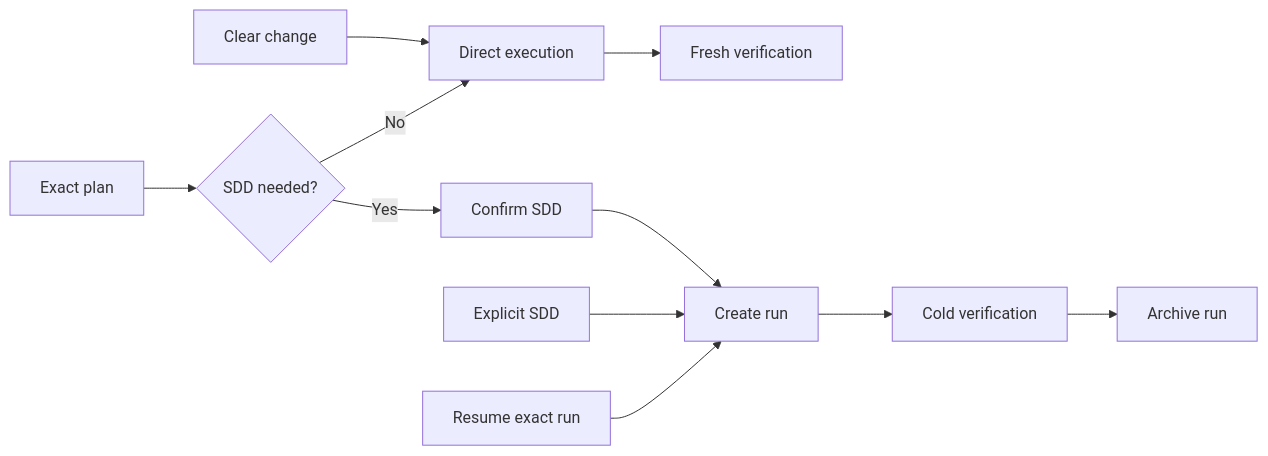
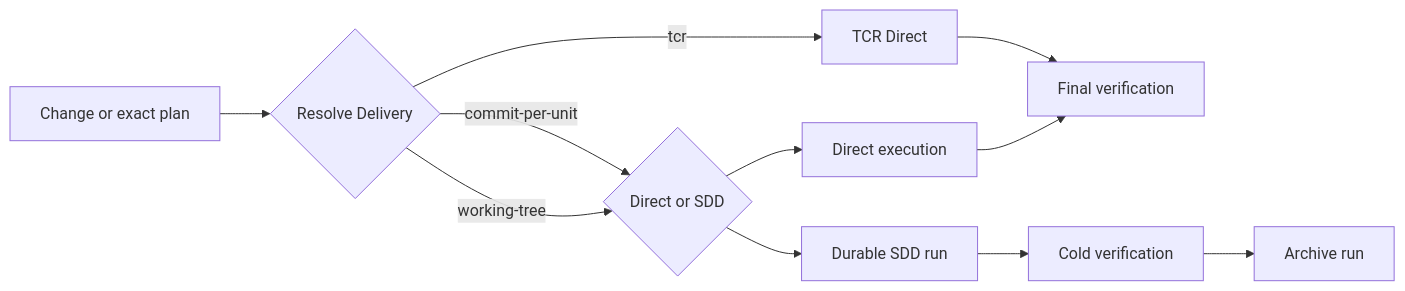
The diagram in domains/orchestration/README.md (andresnator/agents-orchestrator), drawn with Mermaid before and after one commit. The commit also changed other lines of this file and 18 other files, not shown here.

````diff
--- a/domains/orchestration/README.md
+++ b/domains/orchestration/README.md
@@ -20,13 +21,13 @@
 ```mermaid
 flowchart LR
-    change[Clear change] --> direct[Direct execution]
-    plan[Exact plan] --> route{SDD needed?}
-    route -->|No| direct
-    route -->|Yes| confirm[Confirm SDD]
-    explicit[Explicit SDD] --> run[Create run]
-    confirm --> run
-    resume[Resume exact run] --> run
-    direct --> verify[Fresh verification]
-    run --> cold[Cold verification]
+    request[Change or exact plan] --> resolve{Resolve Delivery}
+    resolve -->|working-tree| route{Direct or SDD}
+    resolve -->|commit-per-unit| route
+    resolve -->|tcr| tcr[TCR Direct]
+    route --> direct[Direct execution]
+    route --> sdd[Durable SDD run]
+    direct --> verify[Final verification]
+    tcr --> verify
+    sdd --> cold[Cold verification]
     cold --> archive[Archive run]
 ```
````
